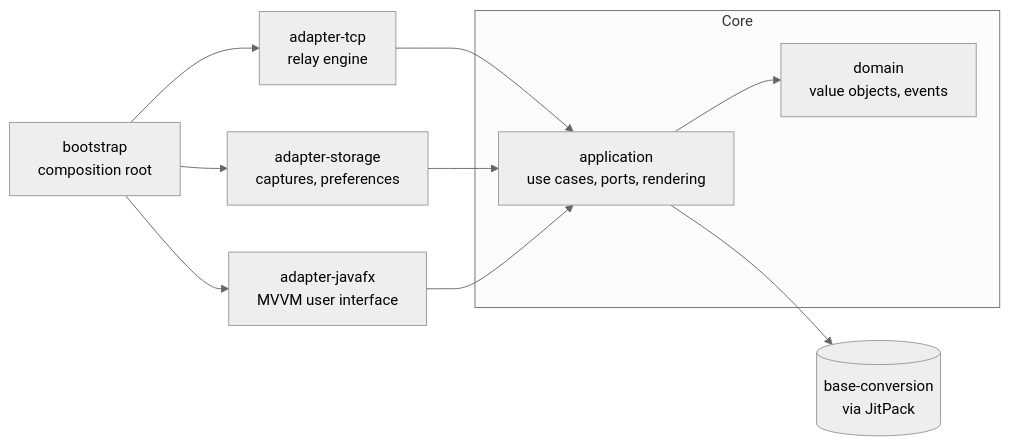
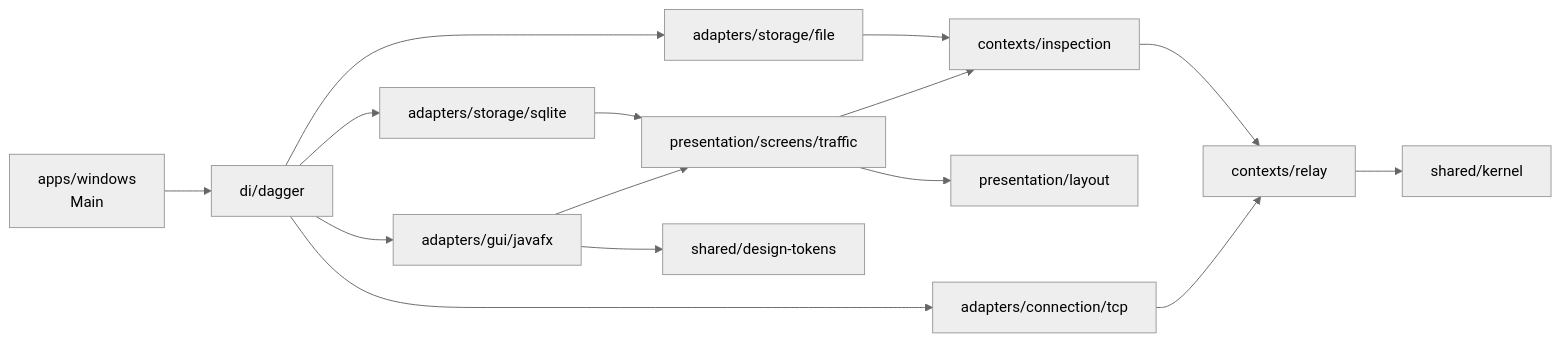
Before and after one commit to Mr-Alireza82/WireLens: the diagram in README.md, drawn with Mermaid (neutral theme). The commit also changed other lines of this file and 33 other files, not shown here.

First line of the commit message:
Add size-class layouts, design tokens and architecture tests

````diff
--- a/README.md
+++ b/README.md
@@ -194,13 +223,11 @@
 ```mermaid
 flowchart LR
-    subgraph core [Core]
-        domain["domain<br/>value objects, events"]
-        application["application<br/>use cases, ports, rendering"]
-        application --> domain
-    end
-    tcp["adapter-tcp<br/>relay engine"] --> application
-    storage["adapter-storage<br/>captures, preferences"] --> application
-    ui["adapter-javafx<br/>MVVM user interface"] --> application
-    bootstrap["bootstrap<br/>composition root"] --> tcp & storage & ui
-    application --> bc[("base-conversion<br/>via JitPack")]
+    app["apps/windows<br/>Main"] --> di["di/dagger"]
+    di --> tcp["adapters/connection/tcp"] & file["adapters/storage/file"] & sqlite["adapters/storage/sqlite"] & fx["adapters/gui/javafx"]
+    fx --> screen["presentation/screens/traffic"] & tokens["shared/design-tokens"]
+    sqlite --> screen
+    screen --> layout["presentation/layout"] & inspection["contexts/inspection"]
+    tcp --> relay["contexts/relay"]
+    file --> inspection
+    inspection --> relay --> kernel["shared/kernel"]
 ```
````
